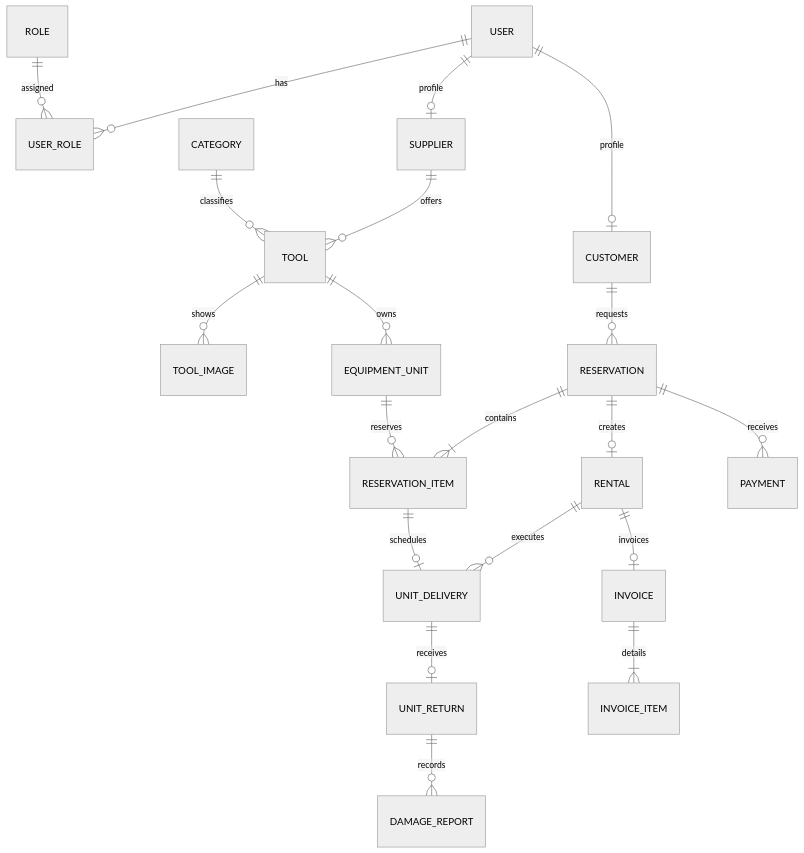
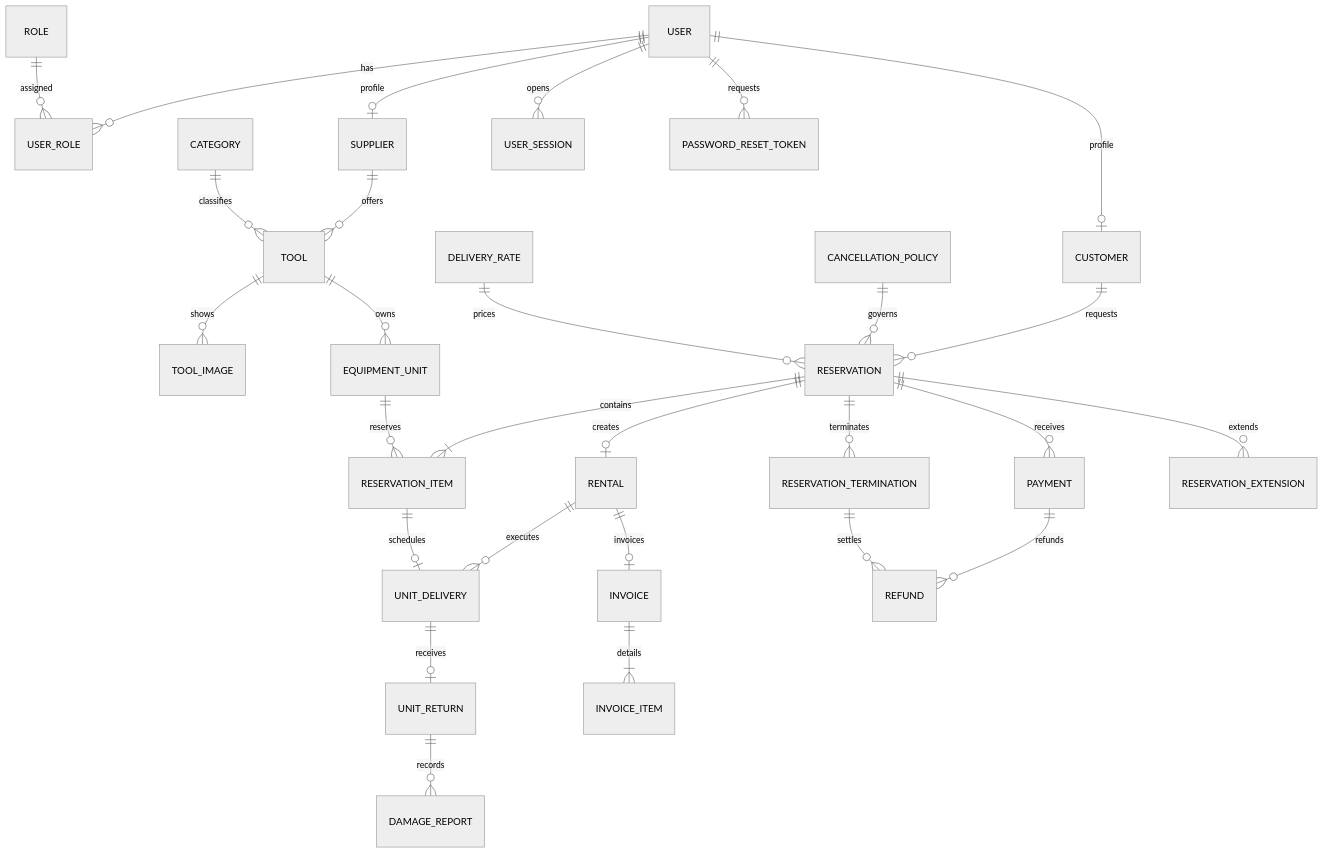
Before and after one commit to TuMinipeka/Tool-rental-platform: the diagram in docs/conceptual-model.md, drawn with Mermaid (neutral theme). The commit also changed other lines of this file and 44 other files, not shown here.

````diff
--- a/docs/conceptual-model.md
+++ b/docs/conceptual-model.md
@@ -73,22 +89,30 @@
 ```mermaid
 erDiagram
     USER ||--o{ USER_ROLE : has
     ROLE ||--o{ USER_ROLE : assigned
     USER ||--o| CUSTOMER : profile
     USER ||--o| SUPPLIER : profile
     SUPPLIER ||--o{ TOOL : offers
     CATEGORY ||--o{ TOOL : classifies
     TOOL ||--o{ TOOL_IMAGE : shows
     TOOL ||--o{ EQUIPMENT_UNIT : owns
     CUSTOMER ||--o{ RESERVATION : requests
     RESERVATION ||--|{ RESERVATION_ITEM : contains
     EQUIPMENT_UNIT ||--o{ RESERVATION_ITEM : reserves
     RESERVATION ||--o| RENTAL : creates
     RENTAL ||--o{ UNIT_DELIVERY : executes
     RESERVATION_ITEM ||--o| UNIT_DELIVERY : schedules
     UNIT_DELIVERY ||--o| UNIT_RETURN : receives
     UNIT_RETURN ||--o{ DAMAGE_REPORT : records
     RESERVATION ||--o{ PAYMENT : receives
     RENTAL ||--o| INVOICE : invoices
     INVOICE ||--|{ INVOICE_ITEM : details
+    USER ||--o{ USER_SESSION : opens
+    USER ||--o{ PASSWORD_RESET_TOKEN : requests
+    CANCELLATION_POLICY ||--o{ RESERVATION : governs
+    DELIVERY_RATE ||--o{ RESERVATION : prices
+    RESERVATION ||--o{ RESERVATION_TERMINATION : terminates
+    RESERVATION ||--o{ RESERVATION_EXTENSION : extends
+    PAYMENT ||--o{ REFUND : refunds
+    RESERVATION_TERMINATION ||--o{ REFUND : settles
 ```
````
